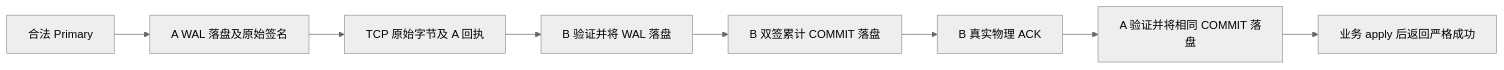
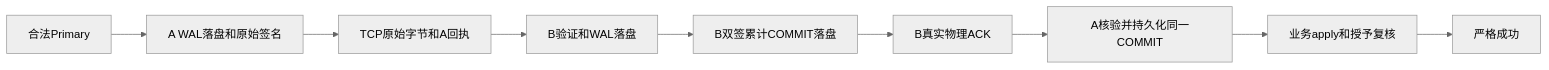
The diagram in docs/T554_CLUSTER_MECHANISM_REVIEW_20261113.zh-CN.md (bliplink/dc-quant-deploy), drawn with Mermaid (neutral theme) before and after one commit. The commit also changed other lines of this file and 3 other files, not shown here.

````diff
--- a/docs/T554_CLUSTER_MECHANISM_REVIEW_20261113.zh-CN.md
+++ b/docs/T554_CLUSTER_MECHANISM_REVIEW_20261113.zh-CN.md
@@ -37,10 +38,11 @@
 ```mermaid
 flowchart LR
-  P[合法 Primary] --> AW[A WAL 落盘及原始签名]
-  AW --> TCP[TCP 原始字节及 A 回执]
-  TCP --> BW[B 验证并将 WAL 落盘]
-  BW --> BI[B 双签累计 COMMIT 落盘]
-  BI --> ACK[B 真实物理 ACK]
-  ACK --> AI[A 验证并将相同 COMMIT 落盘]
-  AI --> APPLY[业务 apply 后返回严格成功]
+ A[合法Primary] --> AW[A WAL落盘和原始签名]
+ AW --> TCP[TCP原始字节和A回执]
+ TCP --> BW[B验证和WAL落盘]
+ BW --> BI[B双签累计COMMIT落盘]
+ BI --> ACK[B真实物理ACK]
+ ACK --> AI[A核验并持久化同一COMMIT]
+ AI --> APPLY[业务apply和授予复核]
+ APPLY --> OK[严格成功]
 ```
````
